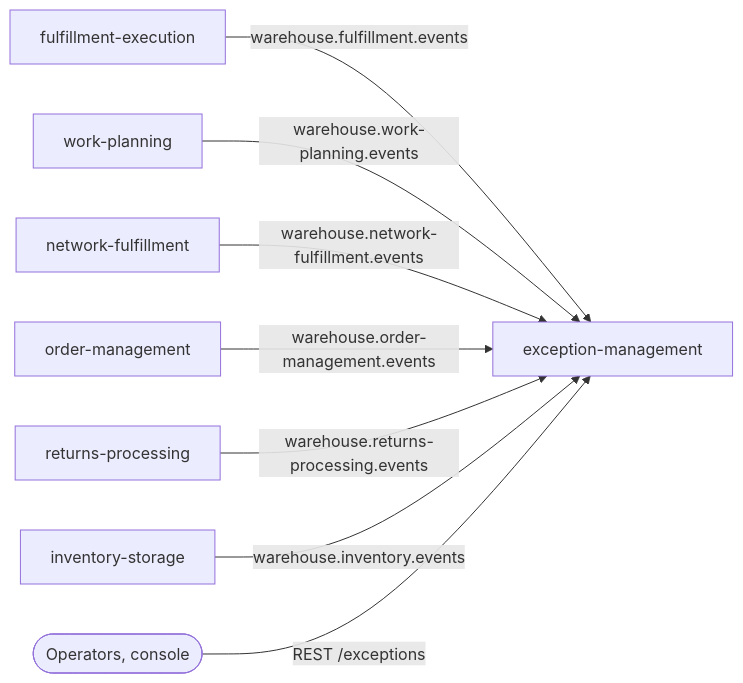
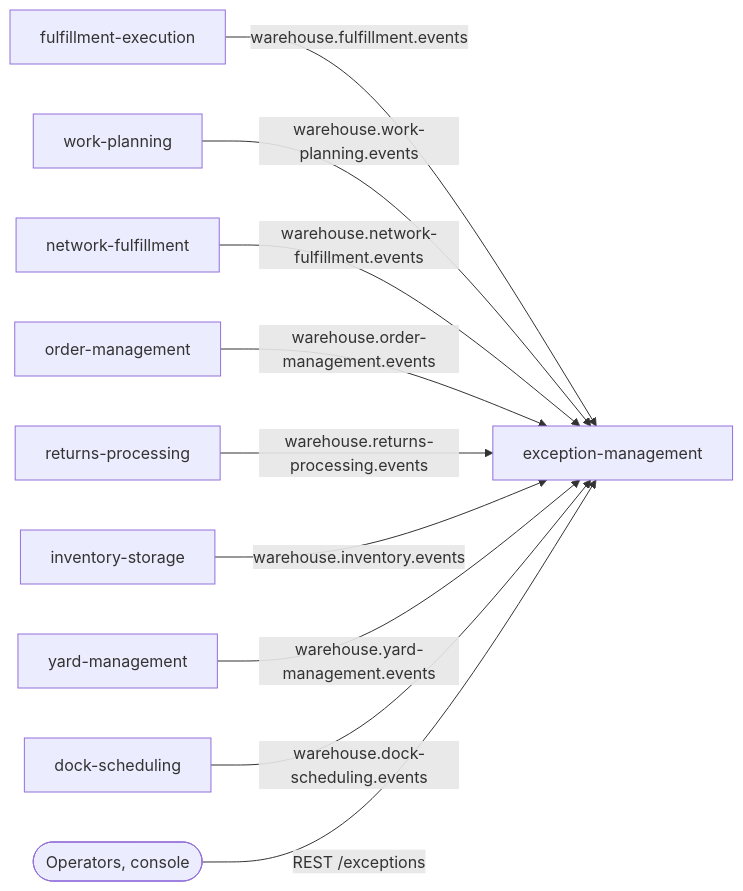
Before and after one commit to IQVO/warehouse-docs: the first of 2 diagrams in docs/contexts/exception-management/bounded-context-canvas.md, drawn with Mermaid. The commit also changed other lines of this file and 42 other files, not shown here.

First line of the commit message:
docs: re-sync context pages after the yard wave; K28 now reads dock-scheduling

````diff
--- a/docs/contexts/exception-management/bounded-context-canvas.md
+++ b/docs/contexts/exception-management/bounded-context-canvas.md
@@ -25,11 +25,13 @@
 ```mermaid
 flowchart LR
     FE["fulfillment-execution"] -->|warehouse.fulfillment.events| EM
     WP["work-planning"] -->|warehouse.work-planning.events| EM
     NF["network-fulfillment"] -->|warehouse.network-fulfillment.events| EM
     OM["order-management"] -->|warehouse.order-management.events| EM
     RP["returns-processing"] -->|warehouse.returns-processing.events| EM
     IS["inventory-storage"] -->|warehouse.inventory.events| EM
+    YM["yard-management"] -->|warehouse.yard-management.events| EM
+    DS["dock-scheduling"] -->|warehouse.dock-scheduling.events| EM
     OP(["Operators, console"]) -->|"REST /exceptions"| EM
     EM["exception-management"]
 ```
````
